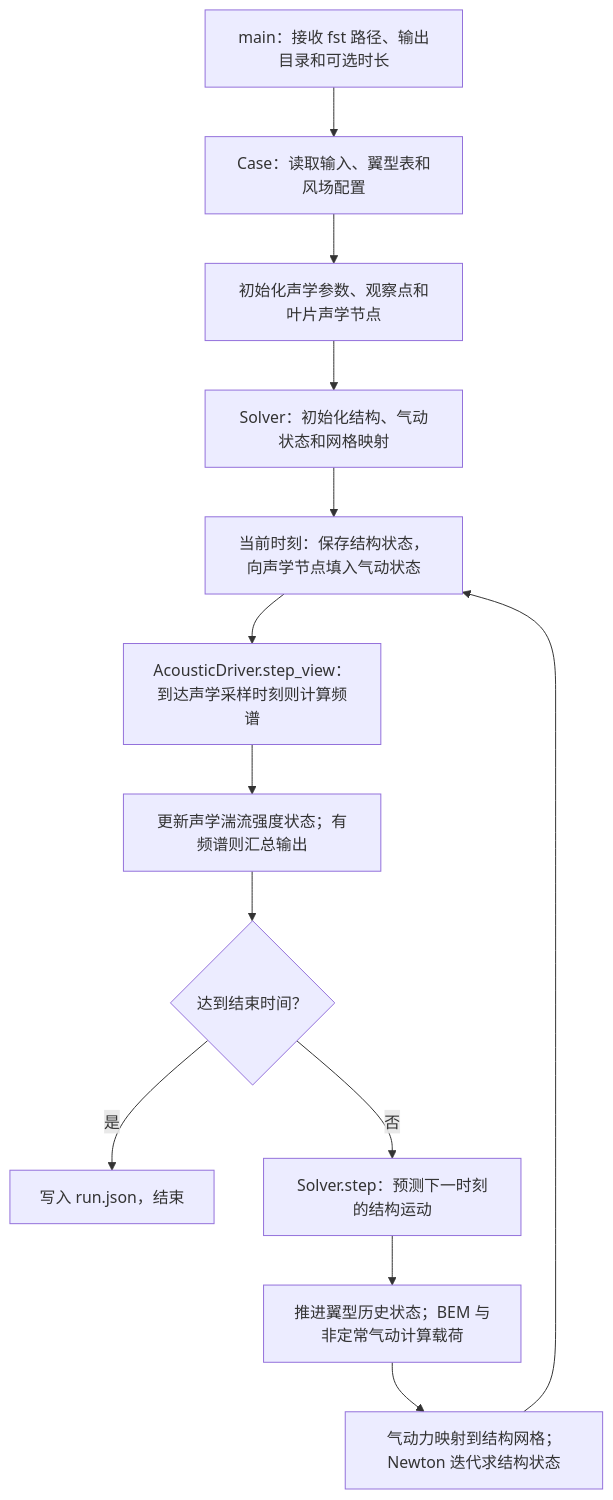
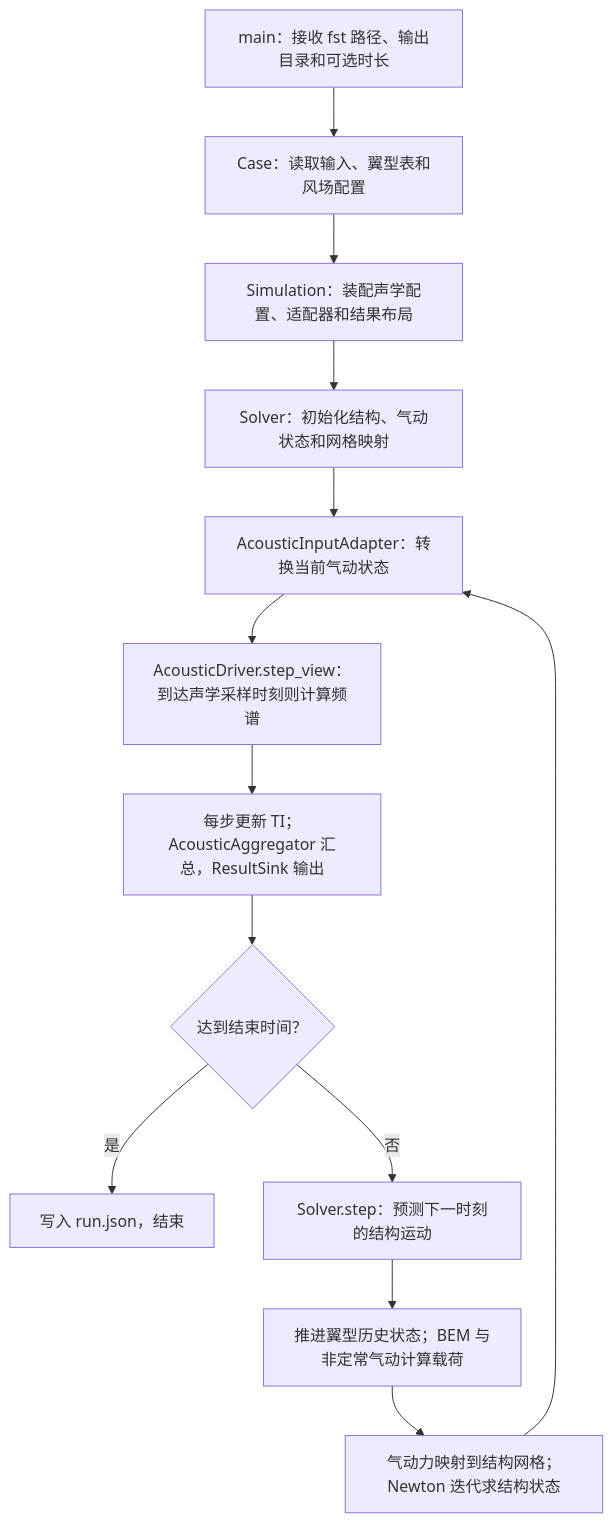
Before and after one commit to MegrezLi/Aeroacoustics_cpp: the diagram in aeroacoustics工作流.md, drawn with Mermaid. The commit also changed other lines of this file and 38 other files, not shown here.

````diff
--- a/aeroacoustics工作流.md
+++ b/aeroacoustics工作流.md
@@ -11,15 +11,15 @@
 ```mermaid
 flowchart TD
     A[main：接收 fst 路径、输出目录和可选时长] --> B[Case：读取输入、翼型表和风场配置]
-    B --> C[初始化声学参数、观察点和叶片声学节点]
+    B --> C[Simulation：装配声学配置、适配器和结果布局]
     C --> D[Solver：初始化结构、气动状态和网格映射]
-    D --> E[当前时刻：保存结构状态，向声学节点填入气动状态]
+    D --> E[AcousticInputAdapter：转换当前气动状态]
     E --> F[AcousticDriver.step_view：到达声学采样时刻则计算频谱]
-    F --> G[更新声学湍流强度状态；有频谱则汇总输出]
+    F --> G[每步更新 TI；AcousticAggregator 汇总，ResultSink 输出]
     G --> H{达到结束时间？}
     H -->|是| I[写入 run.json，结束]
     H -->|否| J[Solver.step：预测下一时刻的结构运动]
     J --> K[推进翼型历史状态；BEM 与非定常气动计算载荷]
     K --> L[气动力映射到结构网格；Newton 迭代求结构状态]
     L --> E
 ```
````
